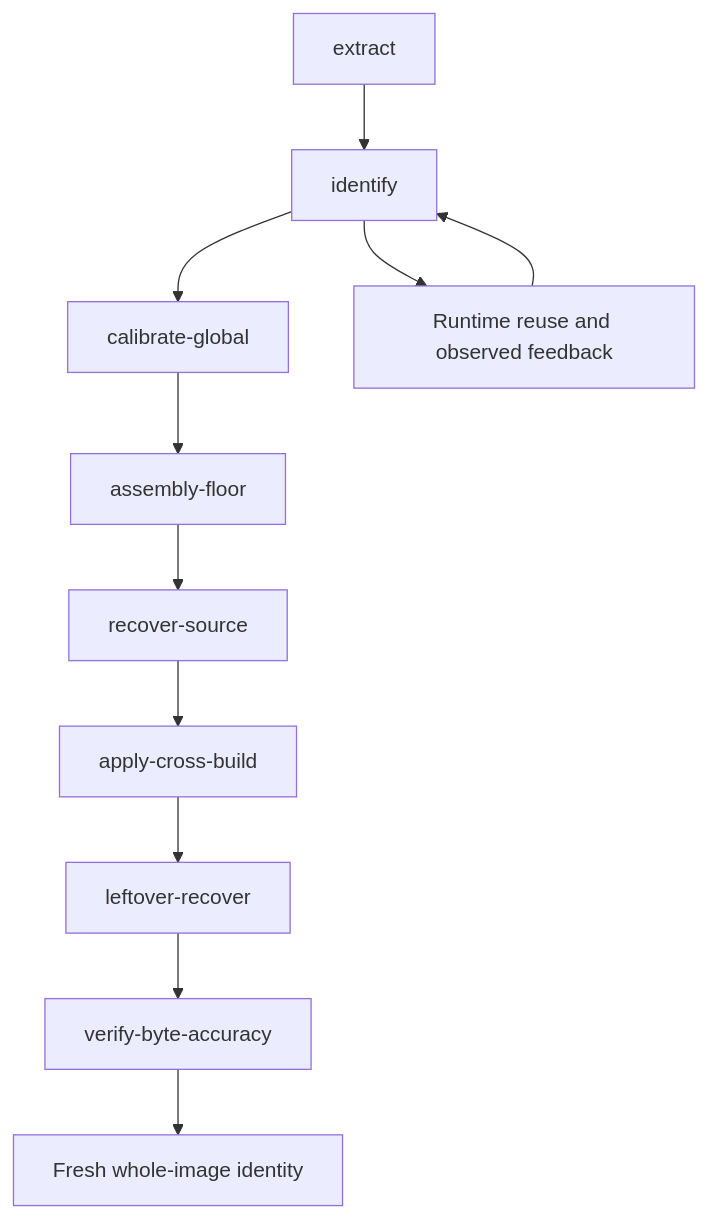
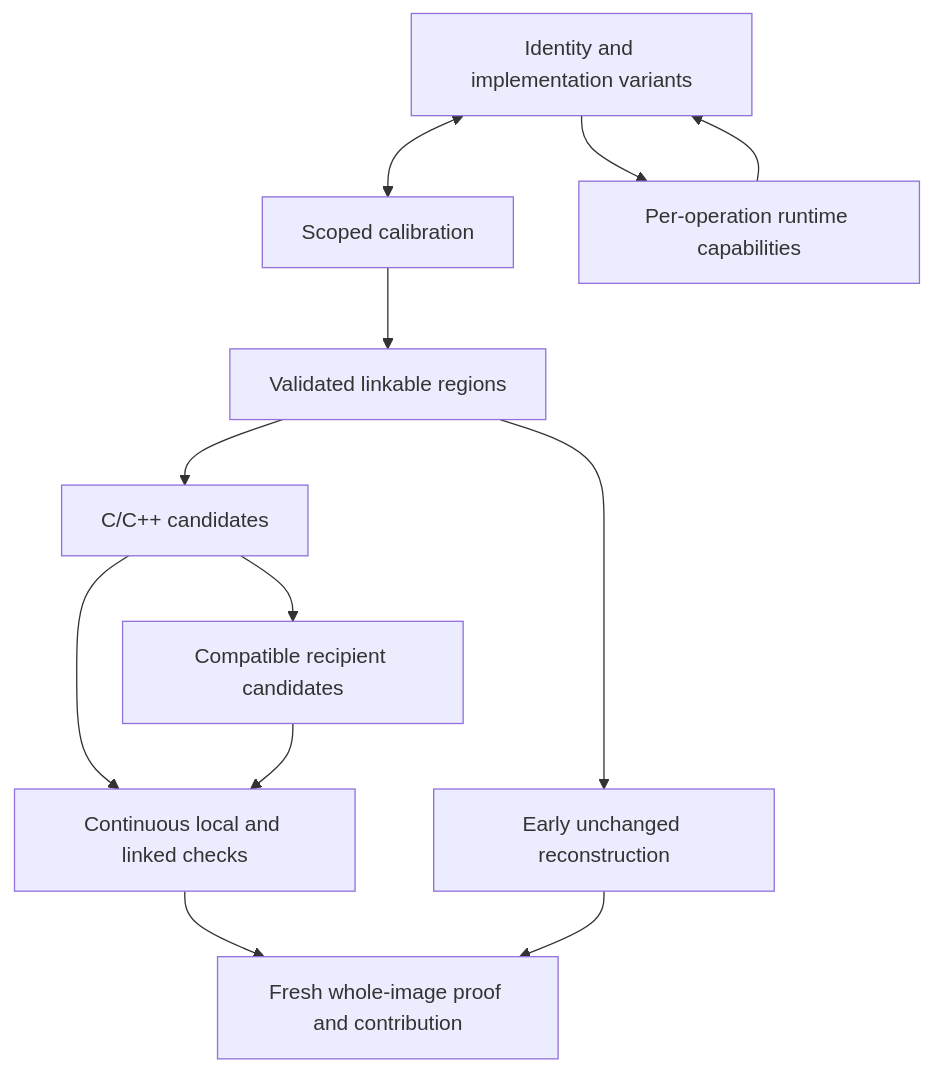
Before and after one commit to bodencrouch/AgentDecompile: the diagram in docs/CORPUS_PIPELINE.md, drawn with Mermaid. The commit also changed other lines of this file and 212 other files, not shown here.

````diff
--- a/docs/CORPUS_PIPELINE.md
+++ b/docs/CORPUS_PIPELINE.md
@@ -20,13 +24,14 @@
 ```mermaid
 flowchart TD
-  extract[extract] --> identify[identify]
-  identify --> calib[calibrate-global]
-  calib --> floor[assembly-floor]
-  floor --> recover[recover-source]
-  recover --> apply[apply-cross-build]
-  apply --> leftover[leftover-recover]
-  leftover --> verify[verify-byte-accuracy]
-  verify --> image[Fresh whole-image identity]
-  identify --> runtime[Runtime reuse and observed feedback]
+  identify[Identity and implementation variants] <--> calib[Scoped calibration]
+  calib --> regions[Validated linkable regions]
+  regions --> source[C/C++ candidates]
+  source --> recipient[Compatible recipient candidates]
+  source --> parity[Continuous local and linked checks]
+  recipient --> parity
+  regions --> roundtrip[Early unchanged reconstruction]
+  parity --> image[Fresh whole-image proof and contribution]
+  roundtrip --> image
+  identify --> runtime[Per-operation runtime capabilities]
   runtime --> identify
 ```
````
